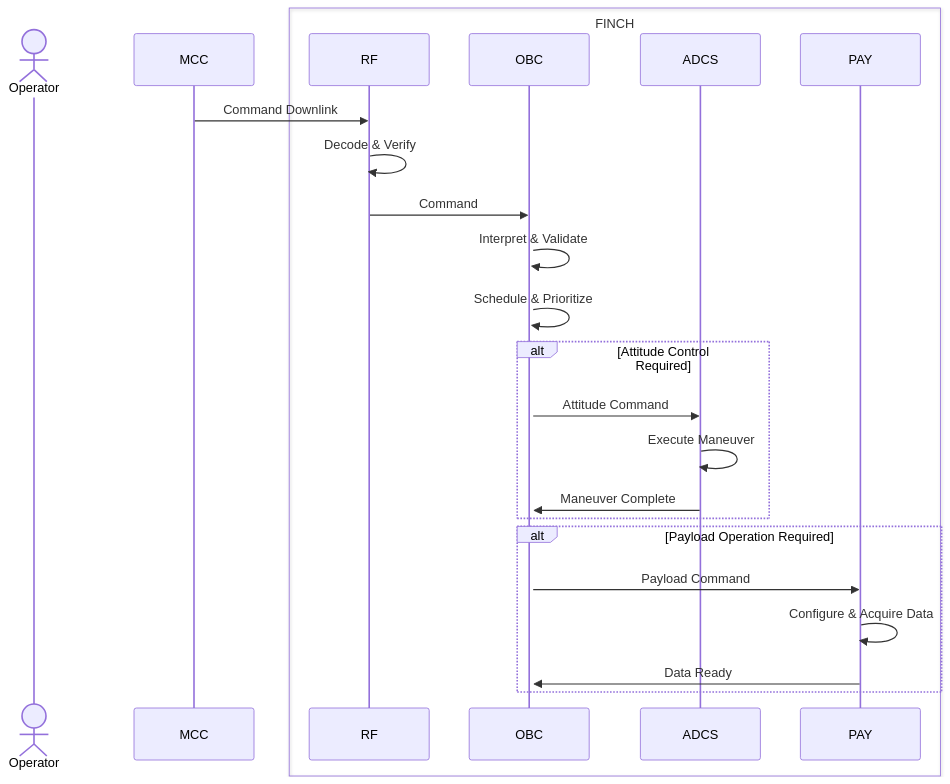
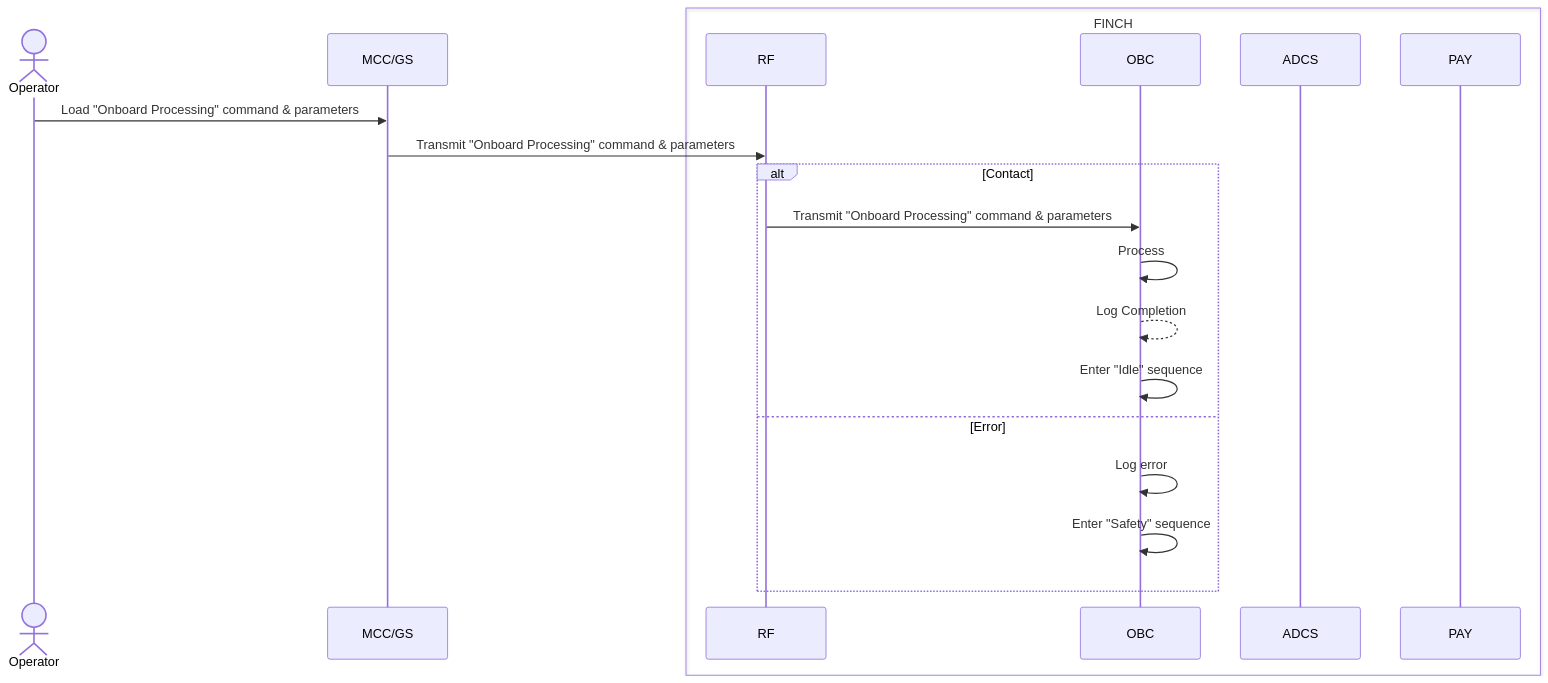
The diagram in command sequences/onboard-processing-command.md (utat-ss/FINCH-sequence-diagrams), drawn with Mermaid before and after one commit.

````diff
--- a/command sequences/onboard-processing-command.md
+++ b/command sequences/onboard-processing-command.md
@@ -1,33 +1,28 @@
 ```mermaid
 
 sequenceDiagram
     Actor Operator
-    participant MCC
+    participant MCC/GS
     box FINCH
         participant RF
         participant OBC
         participant ADCS
         participant PAY
     end
-    MCC->>RF: Command Downlink
-    RF->>RF: Decode & Verify
-    RF->>OBC: Command
 
-    activate OBC
-    OBC->>OBC: Interpret & Validate
-    OBC->>OBC: Schedule & Prioritize
+    Operator->>MCC/GS: Load "Onboard Processing" command & parameters
+    MCC/GS->>RF: Transmit "Onboard Processing" command & parameters
 
-    alt Attitude Control Required
-        OBC->>ADCS: Attitude Command
-        ADCS->>ADCS: Execute Maneuver
-        ADCS->>OBC: Maneuver Complete
-    end
-
-    alt Payload Operation Required
-        OBC->>PAY: Payload Command
-        PAY->>PAY: Configure & Acquire Data
-        PAY->>OBC: Data Ready
+    alt Contact
+        RF->>OBC: Transmit "Onboard Processing" command & parameters
+        OBC->>OBC: Process
+        OBC-->>OBC: Log Completion
+        OBC->>OBC: Enter "Idle" sequence
+    
+    else Error
+        OBC->>OBC: Log error
+        OBC->>OBC: Enter "Safety" sequence
     end
     
 
 ```
````
